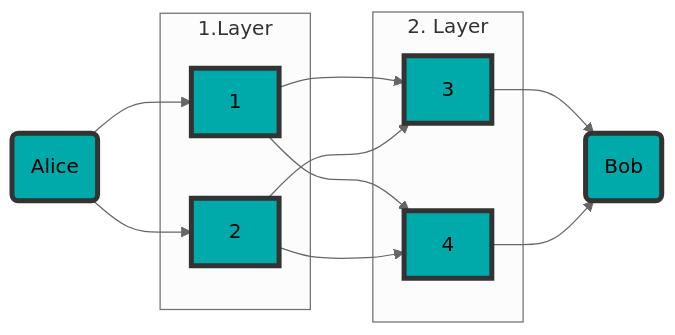
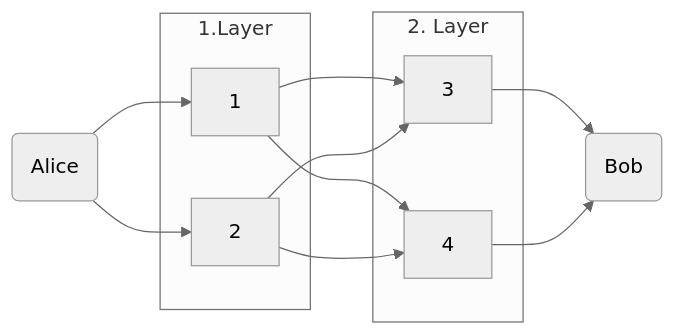
One commit to Kiyotoko/vault-sek2 changed the third of 3 diagrams in Klasse 11/BeLL/Memorize.md. Above: the diagram before and after it, drawn with Mermaid (neutral theme). The commit also changed other lines of this file, not shown here.

Commit message:
vault backup: 2023-04-21 14:09:08

````diff
--- a/Klasse 11/BeLL/Memorize.md
+++ b/Klasse 11/BeLL/Memorize.md
@@ -58,22 +66,21 @@
 ```mermaid
 graph LR;
-  A(Alice)
-  B(Bob)
-  classDef default fill:#00AAAA,stroke:#333,stroke-width:4px;
-  A --> 1
-  A --> 2
-  subgraph 1.Layer
-    1
-    2
-  end
-  1 --> 3
-  1 --> 4
-  2 --> 3
-  2 --> 4
-  subgraph 2. Layer
-    3
-    4
-  end
-  3 --> B
-  4 --> B
+A(Alice)
+B(Bob)
+A --> 1
+A --> 2
+subgraph 1.Layer
+1
+2
+end
+1 --> 3
+1 --> 4
+2 --> 3
+2 --> 4
+subgraph 2. Layer
+3
+4
+end
+3 --> B
+4 --> B
 ```
````
